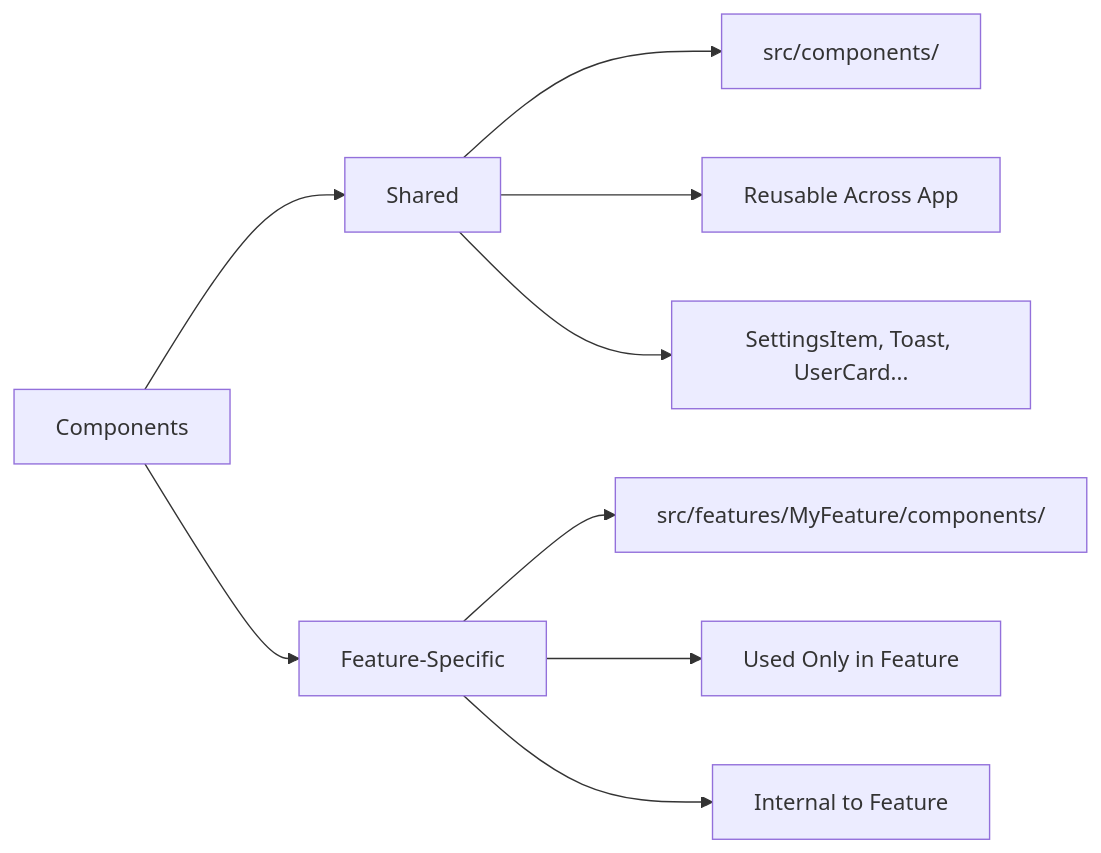
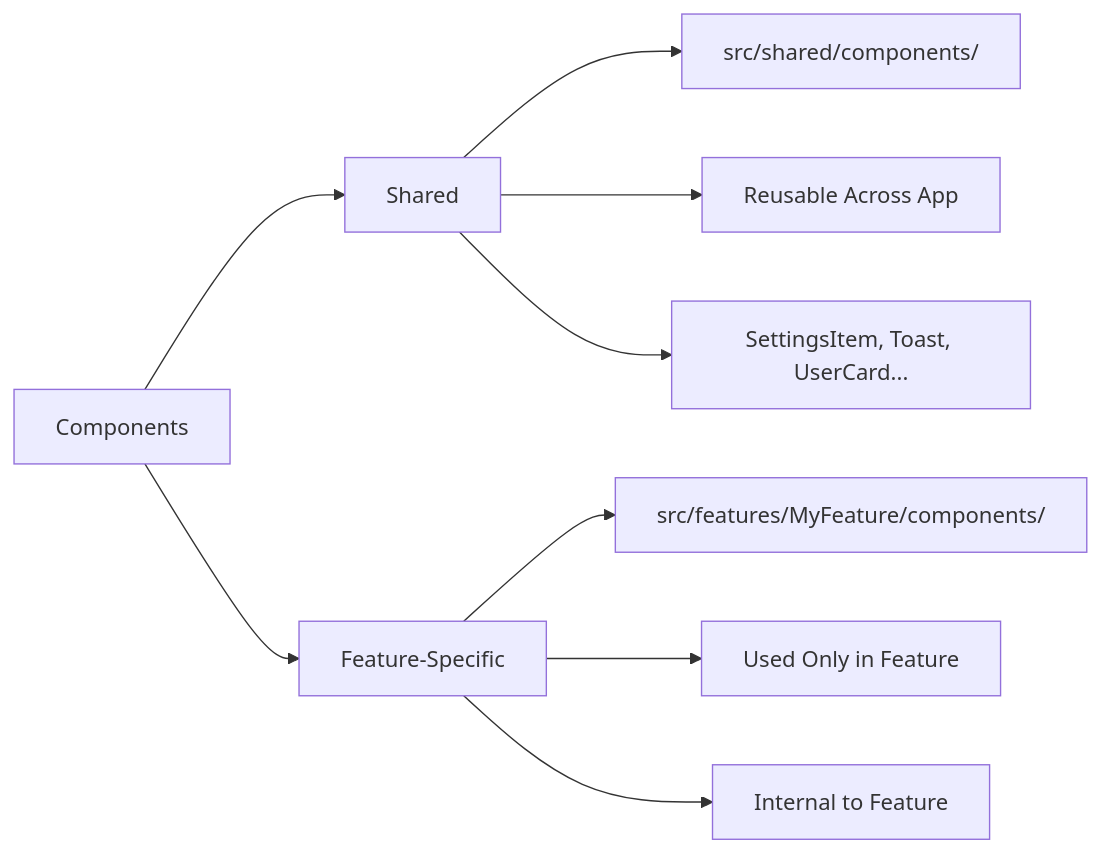
One commit to warrendeleon/rn-warrendeleon changed the third of 3 diagrams in docs/readme/ARCHITECTURE.md. Above: the diagram before and after it, drawn with Mermaid. The commit also changed other lines of this file and 21 other files, not shown here.

````diff
--- a/docs/readme/ARCHITECTURE.md
+++ b/docs/readme/ARCHITECTURE.md
@@ -184,13 +185,13 @@
 ```mermaid
 graph LR
     A[Components] --> B[Shared]
     A --> C[Feature-Specific]
 
-    B --> B1[src/components/]
+    B --> B1[src/shared/components/]
     B --> B2[Reusable Across App]
     B --> B3[SettingsItem, Toast, UserCard...]
 
     C --> C1[src/features/MyFeature/components/]
     C --> C2[Used Only in Feature]
     C --> C3[Internal to Feature]
 ```
````
